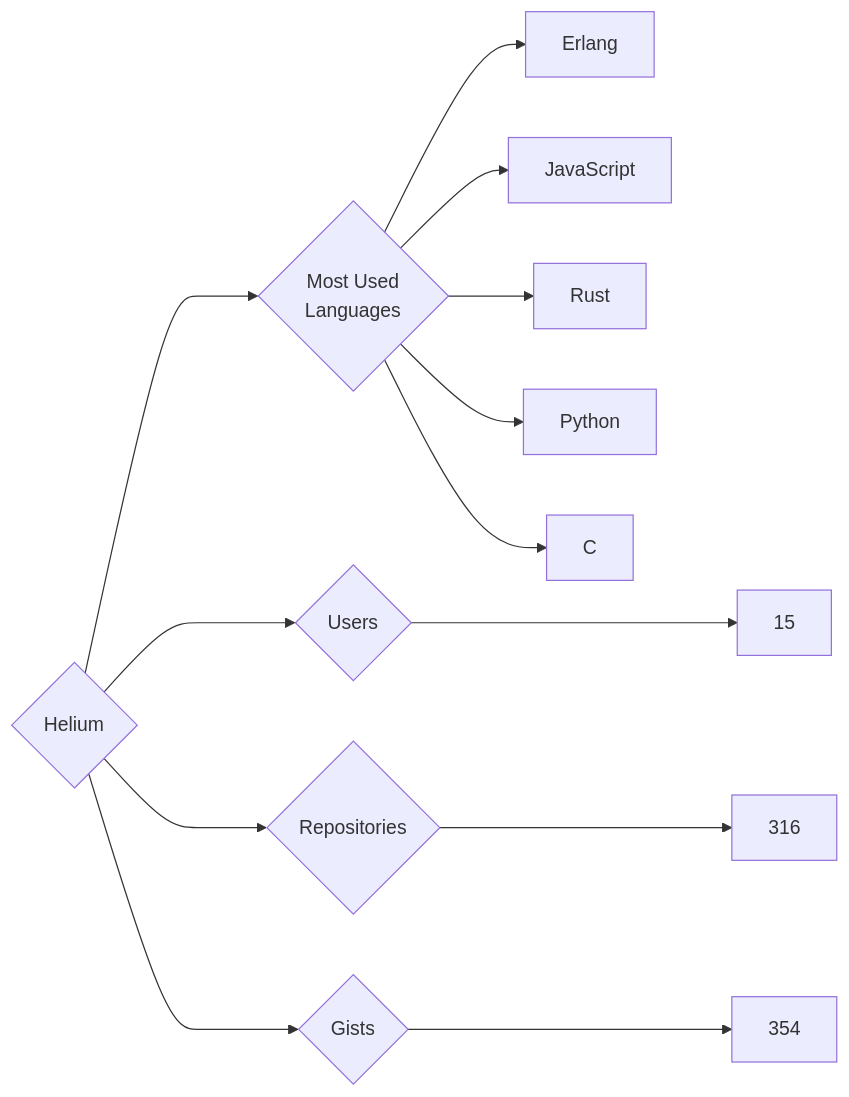
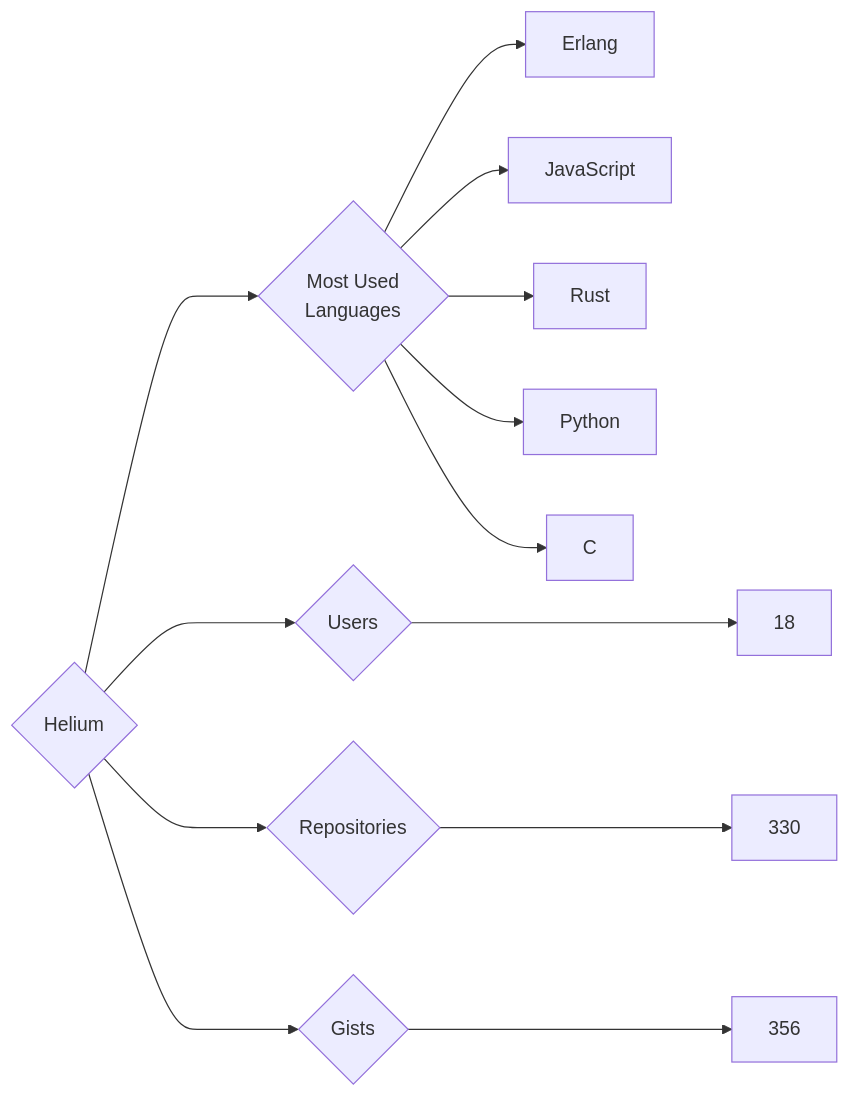
Before and after one commit to trickest/insiders: the diagram in targets/Helium/README.md, drawn with Mermaid. The commit also changed 640 other files, not shown here.

````diff
--- a/targets/Helium/README.md
+++ b/targets/Helium/README.md
@@ -3,13 +3,13 @@
 ```mermaid
 graph LR
 COMPANY_NAME{Helium}
-COMPANY_NAME ---> U{Users} ---> UN[15]
-COMPANY_NAME ---> R{Repositories} ---> RN[316]
-COMPANY_NAME ---> G{Gists} ---> GN[354]
+COMPANY_NAME ---> U{Users} ---> UN[18]
+COMPANY_NAME ---> R{Repositories} ---> RN[330]
+COMPANY_NAME ---> G{Gists} ---> GN[356]
 COMPANY_NAME ---> ML{Most Used<br>Languages}
 ML --> Erlang[Erlang]
 ML --> JavaScript[JavaScript]
 ML --> Rust[Rust]
 ML --> Python[Python]
 ML --> C[C]
 ```
````
